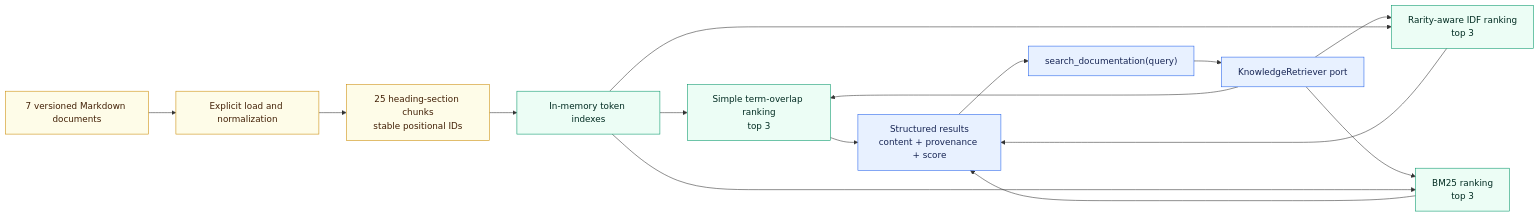
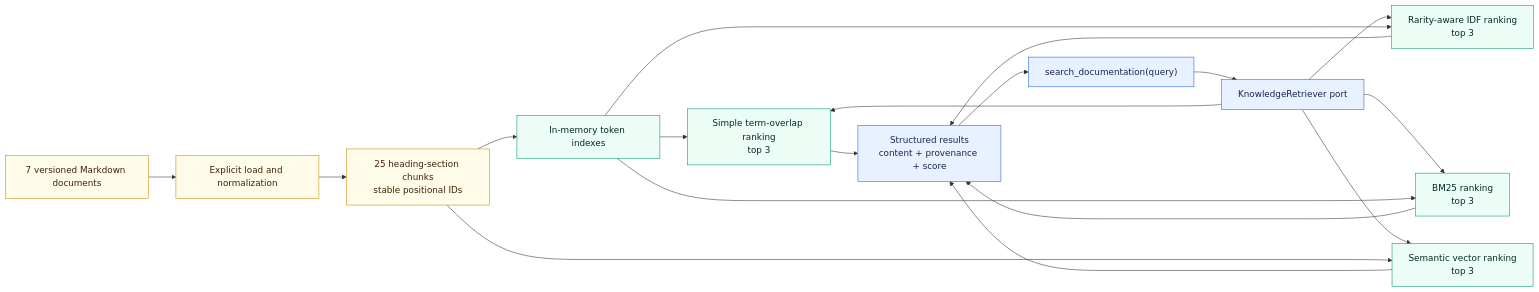
Before and after one commit to aboerzel/industrial-ai-agent: the second of 11 diagrams in docs/architecture/overview.md, drawn with Mermaid. The commit also changed other lines of this file and 12 other files, not shown here.

````diff
--- a/docs/architecture/overview.md
+++ b/docs/architecture/overview.md
@@ -85,24 +98,27 @@
 ```mermaid
 flowchart LR
     Docs["7 versioned Markdown documents"] --> Load["Explicit load and normalization"]
     Load --> Chunk["25 heading-section chunks<br/>stable positional IDs"]
     Chunk --> Index["In-memory token indexes"]
     Query["search_documentation(query)"] --> Port["KnowledgeRetriever port"]
     Port --> Simple["Simple term-overlap ranking<br/>top 3"]
     Port --> IDFSearch["Rarity-aware IDF ranking<br/>top 3"]
     Port --> BM25Search["BM25 ranking<br/>top 3"]
+    Port --> SemanticSearch["Semantic vector ranking<br/>top 3"]
     Index --> Simple
     Index --> IDFSearch
     Index --> BM25Search
+    Chunk --> SemanticSearch
     Simple --> Results["Structured results<br/>content + provenance + score"]
     IDFSearch --> Results
     BM25Search --> Results
+    SemanticSearch --> Results
     Results --> Query
 
     classDef data fill:#fefce8,stroke:#ca8a04,color:#422006
     classDef core fill:#e8f1ff,stroke:#2563eb,color:#172554
     classDef adapter fill:#ecfdf5,stroke:#059669,color:#022c22
     class Docs,Load,Chunk data
     class Query,Port,Results core
-    class Index,Simple,IDFSearch,BM25Search adapter
+    class Index,Simple,IDFSearch,BM25Search,SemanticSearch adapter
 ```
````
